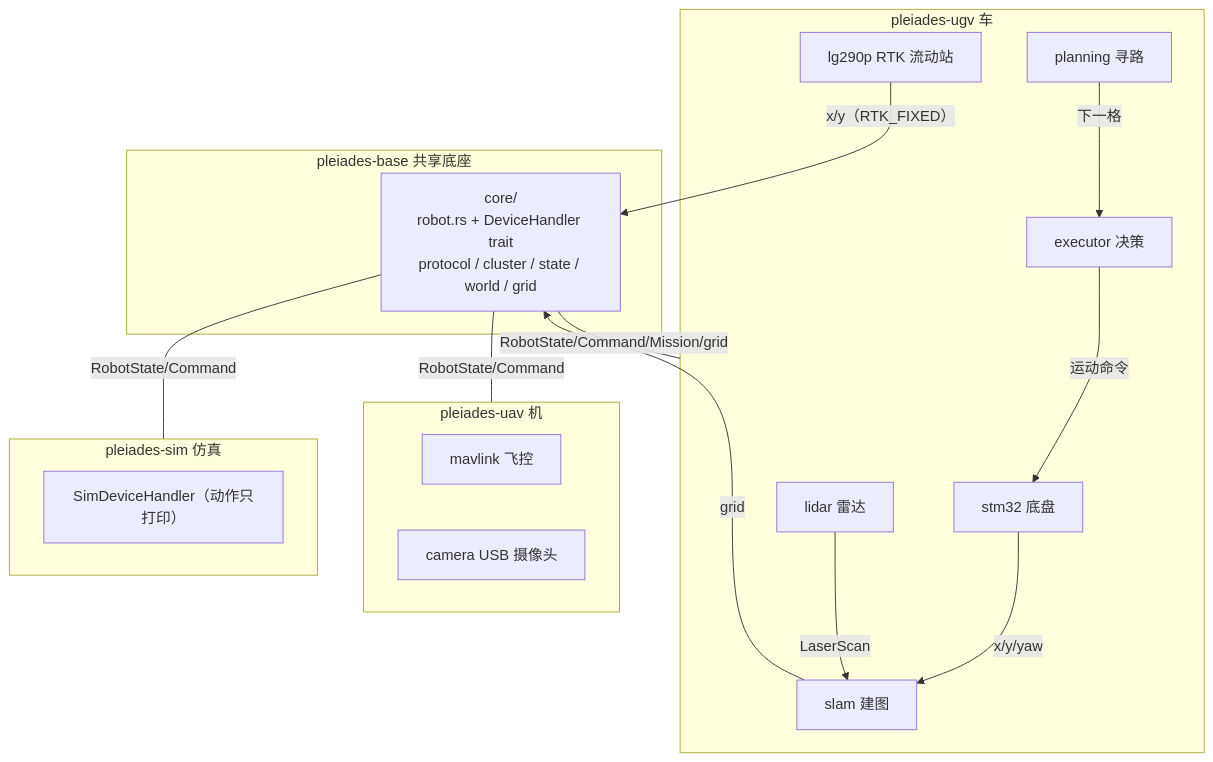
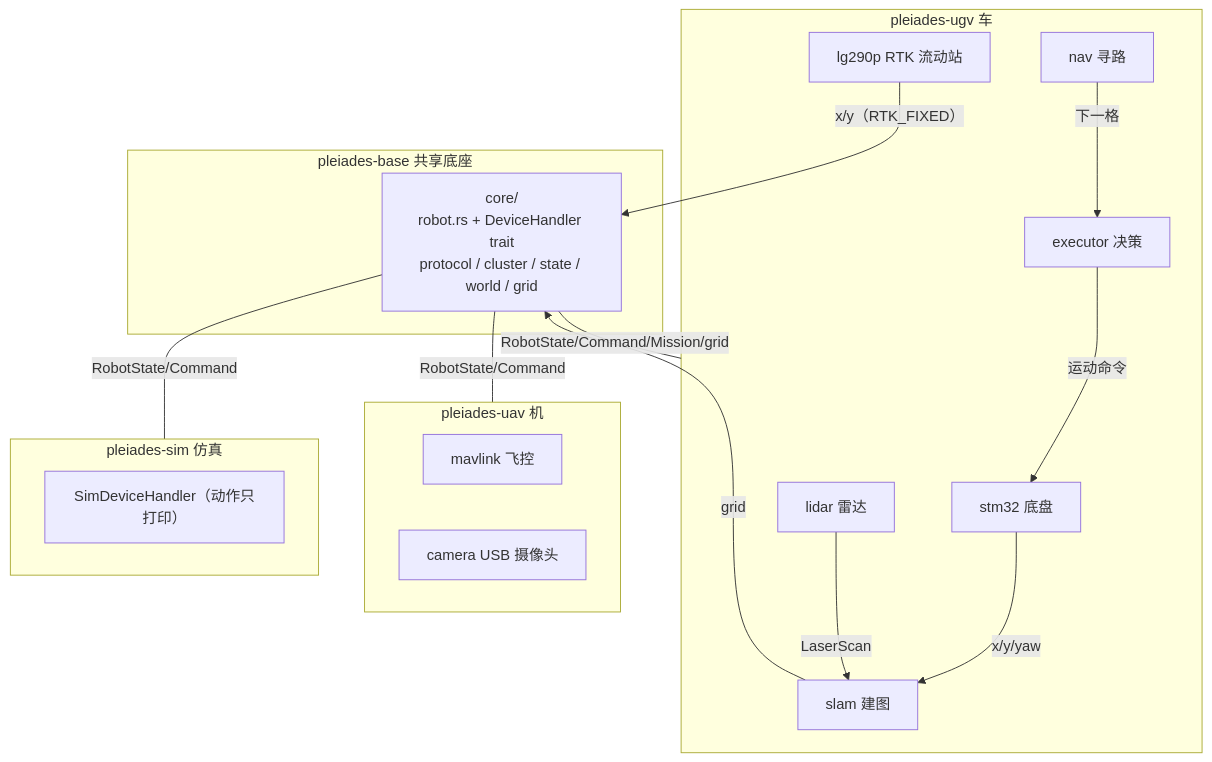
Before and after one commit to LYK-ce/Pleiades: the second of 6 diagrams in Architecture/robot_arch.md, drawn with Mermaid. The commit also changed other lines of this file and 73 other files, not shown here.

````diff
--- a/Architecture/robot_arch.md
+++ b/Architecture/robot_arch.md
@@ -130,30 +156,30 @@
 ```mermaid
 flowchart TB
     subgraph BASE["pleiades-base 共享底座"]
         CORE["core/<br/>robot.rs + DeviceHandler trait<br/>protocol / cluster / state / world / grid"]
     end
     subgraph UGV["pleiades-ugv 车"]
         STM32["stm32 底盘"]
         LIDAR["lidar 雷达"]
         LG["lg290p RTK 流动站"]
         SLAM["slam 建图"]
-        PLAN["planning 寻路"]
+        PLAN["nav 寻路"]
         EXEC["executor 决策"]
     end
     subgraph UAV["pleiades-uav 机"]
         MAV["mavlink 飞控"]
         CAM["camera USB 摄像头"]
     end
     subgraph SIM["pleiades-sim 仿真"]
         SIMH["SimDeviceHandler（动作只打印）"]
     end
     CORE ---|"RobotState/Command/Mission/grid"| UGV
     CORE ---|"RobotState/Command"| UAV
     CORE ---|"RobotState/Command"| SIM
     LG -->|"x/y（RTK_FIXED）"| CORE
     STM32 -->|"x/y/yaw"| SLAM
     LIDAR -->|"LaserScan"| SLAM
     SLAM -->|"grid"| CORE
     PLAN -->|"下一格"| EXEC
     EXEC -->|"运动命令"| STM32
 ```
````
